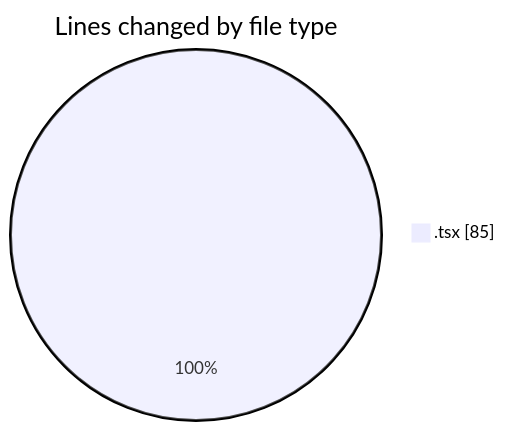
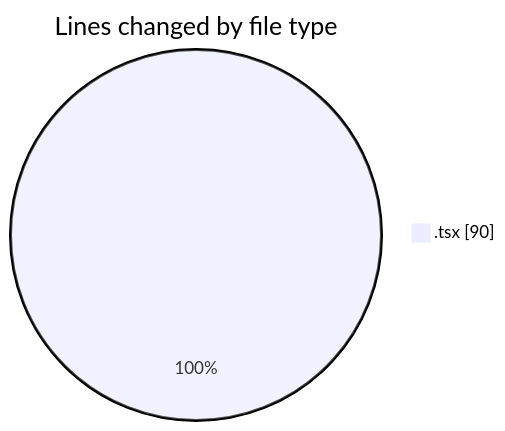
The first of 2 diagrams in 2025-03-10/mbc-web/README.md (robertbonfada/code-tracking), drawn with Mermaid before and after one commit. The commit also changed other lines of this file and 1 other file, not shown here.

````diff
--- a/2025-03-10/mbc-web/README.md
+++ b/2025-03-10/mbc-web/README.md
@@ -25,5 +26,5 @@
 ```mermaid
 pie showData
 title Lines changed by file type
-".tsx" : 85
+".tsx" : 90
 ```
````
